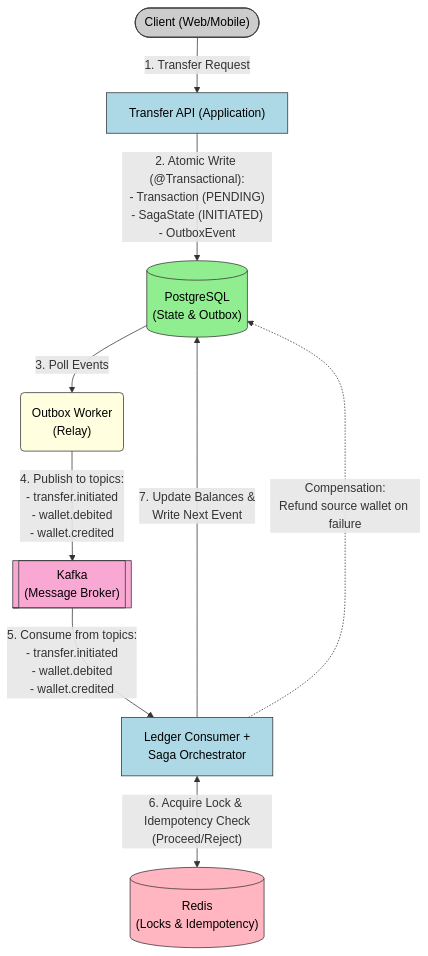
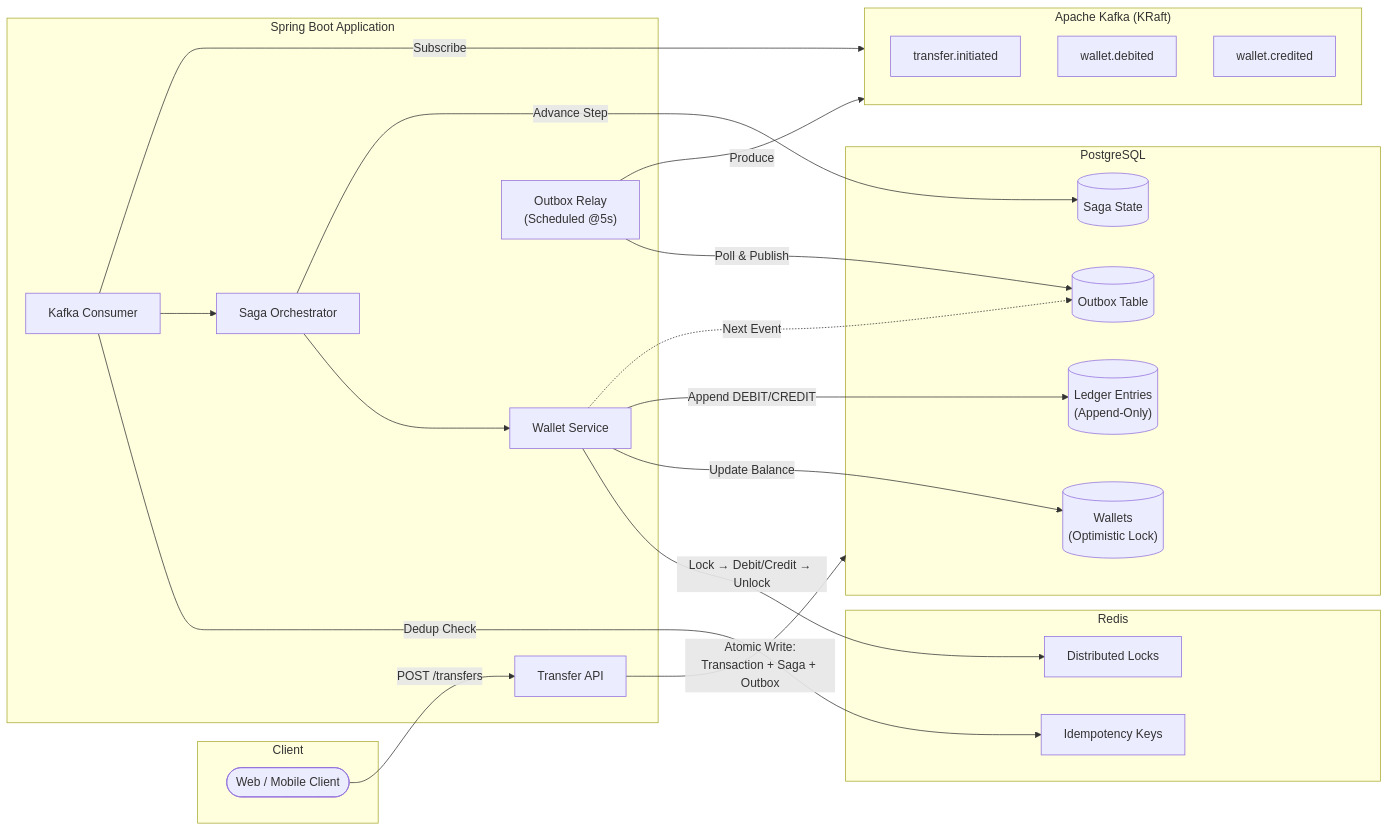
The first of 2 diagrams in README.md (ayushcodes27/ledger-flow), drawn with Mermaid before and after one commit. The commit also changed other lines of this file, not shown here.

Commit message:
added diagrams in readme

````diff
--- a/README.md
+++ b/README.md
@@ -7,19 +7,46 @@
 ```mermaid
-flowchart TD
-    Client(["Client (Web/Mobile)"]) -->|"1. Transfer Request"| API["Transfer API (Application)"]
-    API -->|"2. Atomic Write (@Transactional):\n- Transaction (PENDING)\n- SagaState (INITIATED)\n- OutboxEvent"| DB[("PostgreSQL\n(State & Outbox)")]
-    DB -->|"3. Poll Events"| Relay("Outbox Worker\n(Relay)")
-    Relay -->|"4. Publish to topics:\n- transfer.initiated\n- wallet.debited\n- wallet.credited"| Kafka[["Kafka\n(Message Broker)"]]
-    Kafka -->|"5. Consume from topics:\n- transfer.initiated\n- wallet.debited\n- wallet.credited"| Consumer["Ledger Consumer +\nSaga Orchestrator"]
-    Consumer <-->|"6. Acquire Lock & Idempotency Check\n(Proceed/Reject)"| Redis[("Redis\n(Locks & Idempotency)")]
-    Consumer -->|"7. Update Balances &\nWrite Next Event"| DB
-    Consumer -.->|"Compensation:\nRefund source wallet on failure"| DB
+flowchart LR
+    subgraph Client
+        App(["Web / Mobile Client"])
+    end
 
-    style Client fill:#ccc,stroke:#333,color:#000
-    style API fill:#add8e6,stroke:#333,color:#000
-    style DB fill:#90ee90,stroke:#333,color:#000
-    style Relay fill:#ffffe0,stroke:#333,color:#000
-    style Kafka fill:#f9a8d4,stroke:#333,color:#000
-    style Consumer fill:#add8e6,stroke:#333,color:#000
-    style Redis fill:#ffb6c1,stroke:#333,color:#000
+    subgraph Application["Spring Boot Application"]
+        Controller["Transfer API"]
+        Orchestrator["Saga Orchestrator"]
+        WalletSvc["Wallet Service"]
+        Relay["Outbox Relay\n(Scheduled @5s)"]
+        Consumer["Kafka Consumer"]
+    end
+
+    subgraph Postgres["PostgreSQL"]
+        Wallets[("Wallets\n(Optimistic Lock)")]
+        Ledger[("Ledger Entries\n(Append-Only)")]
+        Outbox[("Outbox Table")]
+        SagaTable[("Saga State")]
+    end
+
+    subgraph Kafka["Apache Kafka (KRaft)"]
+        T1["transfer.initiated"]
+        T2["wallet.debited"]
+        T3["wallet.credited"]
+    end
+
+    subgraph Redis["Redis"]
+        Locks["Distributed Locks"]
+        Idemp["Idempotency Keys"]
+    end
+
+    App -->|"POST /transfers"| Controller
+    Controller -->|"Atomic Write:\nTransaction + Saga + Outbox"| Postgres
+    Relay -->|"Poll & Publish"| Outbox
+    Relay -->|"Produce"| Kafka
+    Consumer -->|"Subscribe"| Kafka
+    Consumer -->|"Dedup Check"| Idemp
+    Consumer --> Orchestrator
+    Orchestrator --> WalletSvc
+    WalletSvc -->|"Lock → Debit/Credit → Unlock"| Locks
+    WalletSvc -->|"Update Balance"| Wallets
+    WalletSvc -->|"Append DEBIT/CREDIT"| Ledger
+    WalletSvc -.->|"Next Event"| Outbox
+    Orchestrator -->|"Advance Step"| SagaTable
 ```
````
